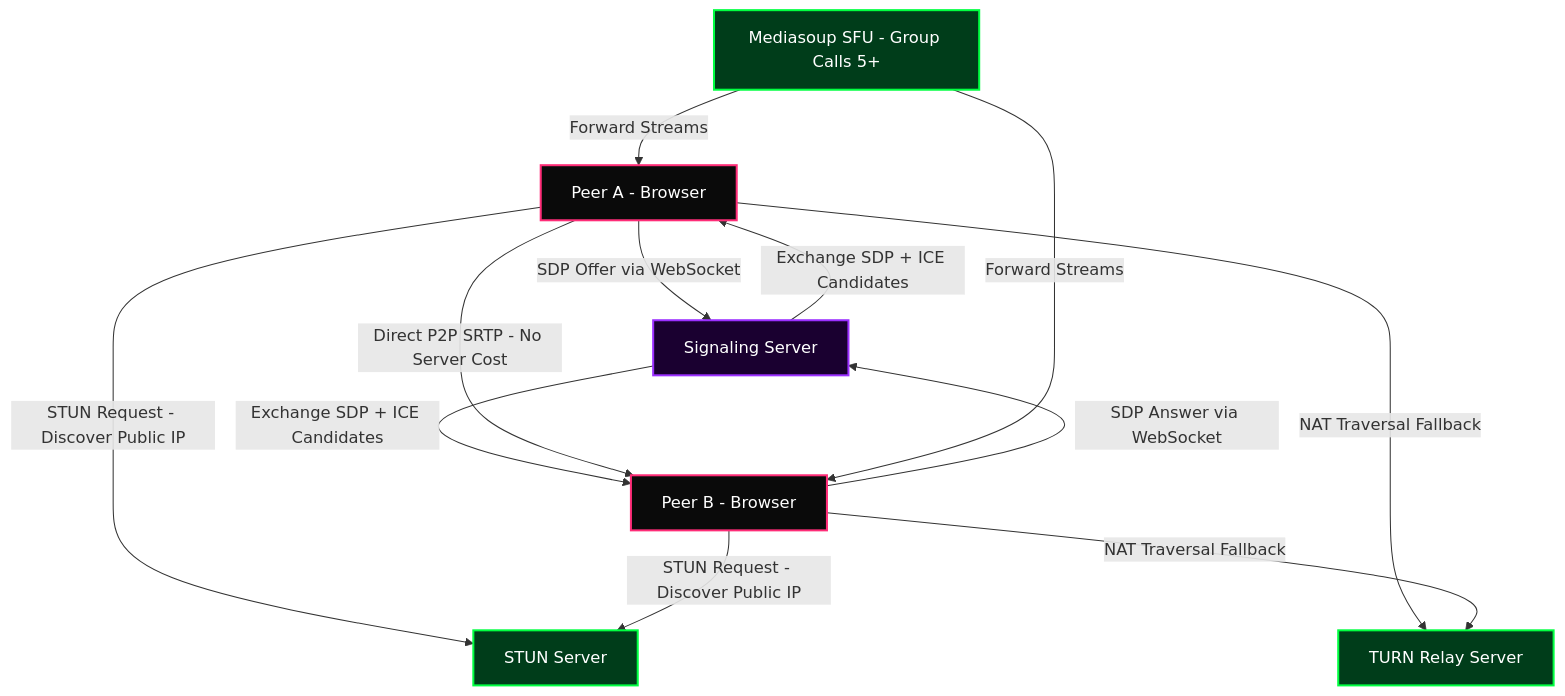
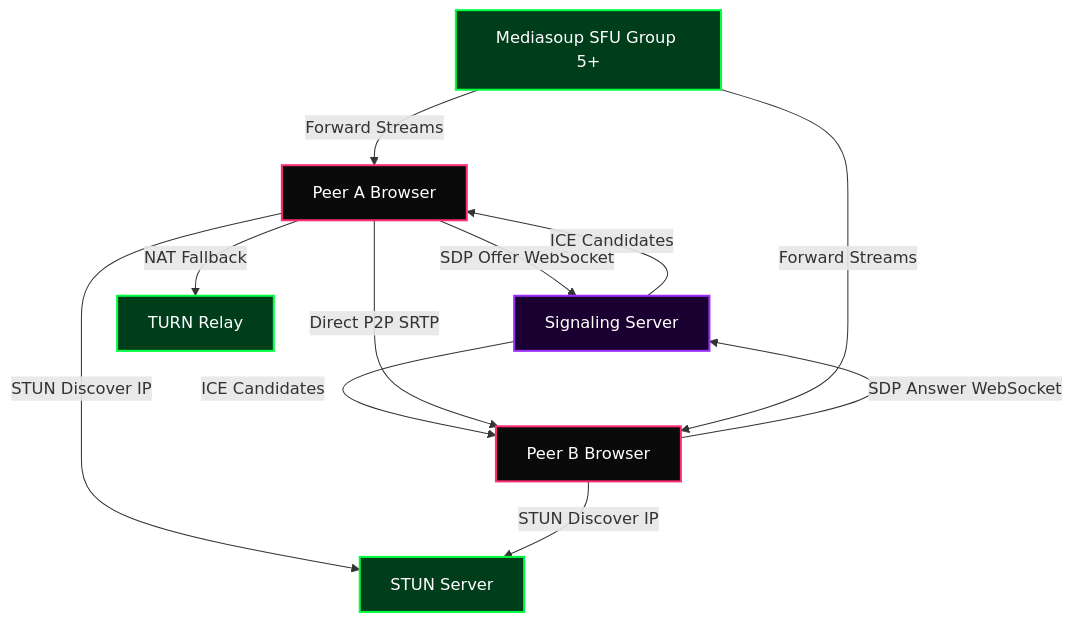
Before and after one commit to NewNexus001/newnexus001: diagram 14 of 25 in README.md, drawn with Mermaid. The commit also changed other lines of this file, not shown here.

````diff
--- a/README.md
+++ b/README.md
@@ -488,18 +458,17 @@
 ```mermaid
 graph TD
-    classDef peer fill:#0a0a0a,stroke:#FF2D78,stroke-width:2px,color:#fff
-    classDef signal fill:#1a0030,stroke:#9B30FF,stroke-width:2px,color:#fff
-    classDef infra fill:#003d1a,stroke:#00FF41,stroke-width:2px,color:#fff
+    classDef pr fill:#0a0a0a,stroke:#FF2D78,stroke-width:2px,color:#fff
+    classDef sg fill:#1a0030,stroke:#9B30FF,stroke-width:2px,color:#fff
+    classDef if fill:#003d1a,stroke:#00FF41,stroke-width:2px,color:#fff
 
-    PA["Peer A - Browser"]:::peer -->|SDP Offer via WebSocket| SIG["Signaling Server"]:::signal
-    PB["Peer B - Browser"]:::peer -->|SDP Answer via WebSocket| SIG
-    SIG -->|Exchange SDP + ICE Candidates| PA
-    SIG -->|Exchange SDP + ICE Candidates| PB
-    PA -->|STUN Request - Discover Public IP| STUN["STUN Server"]:::infra
-    PB -->|STUN Request - Discover Public IP| STUN
-    PA -->|Direct P2P SRTP - No Server Cost| PB
-    PA -->|NAT Traversal Fallback| TURN["TURN Relay Server"]:::infra
-    PB -->|NAT Traversal Fallback| TURN
-    SFU["Mediasoup SFU - Group Calls 5+"]:::infra -->|Forward Streams| PA
+    PA["Peer A Browser"]:::pr -->|SDP Offer WebSocket| SIG["Signaling Server"]:::sg
+    PB["Peer B Browser"]:::pr -->|SDP Answer WebSocket| SIG
+    SIG -->|ICE Candidates| PA
+    SIG -->|ICE Candidates| PB
+    PA -->|STUN Discover IP| STUN["STUN Server"]:::if
+    PB -->|STUN Discover IP| STUN
+    PA -->|Direct P2P SRTP| PB
+    PA -->|NAT Fallback| TURN["TURN Relay"]:::if
+    SFU["Mediasoup SFU Group 5+"]:::if -->|Forward Streams| PA
     SFU -->|Forward Streams| PB
 ```
````
